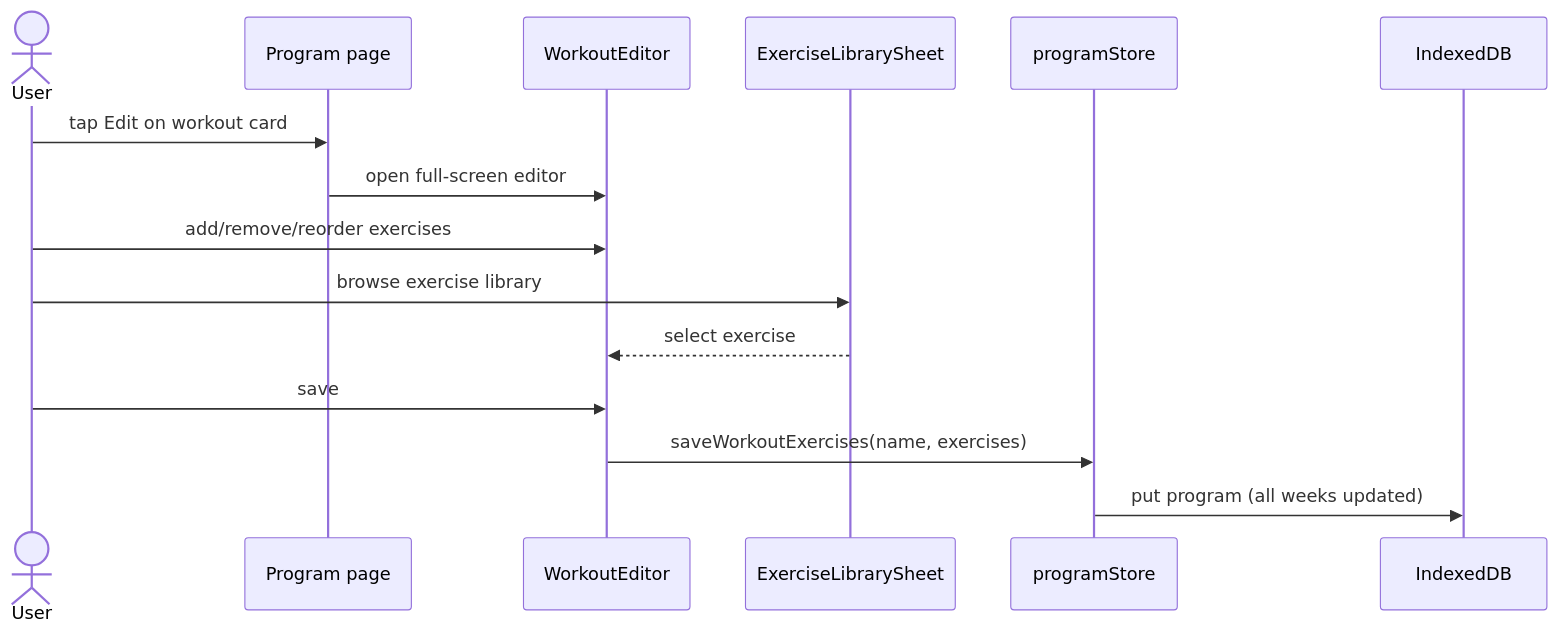
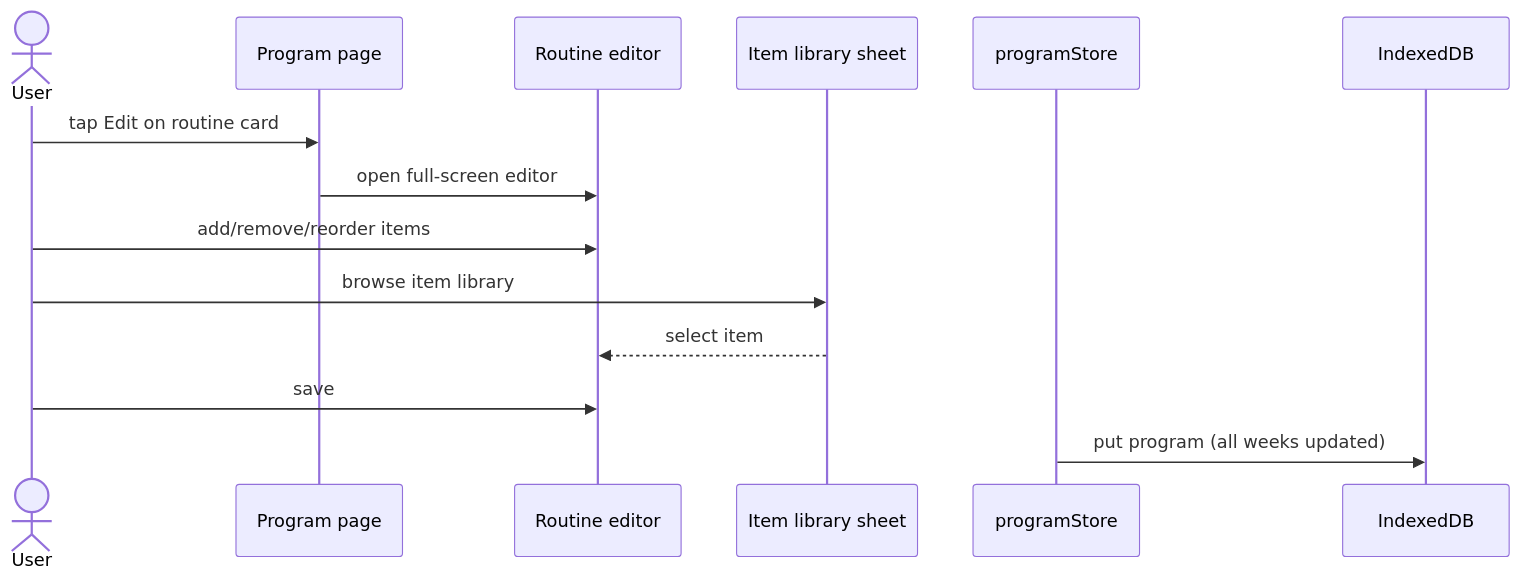
One commit to jermbo/CosmicWorkOut changed the second of 2 diagrams in docs/requirements/program-management.md. Above: the diagram before and after it, drawn with Mermaid. The commit also changed other lines of this file and 132 other files, not shown here.

````diff
--- a/docs/requirements/program-management.md
+++ b/docs/requirements/program-management.md
@@ -103,18 +105,17 @@
 ```mermaid
 sequenceDiagram
     actor User
     participant Prog as Program page
-    participant Editor as WorkoutEditor
-    participant Lib as ExerciseLibrarySheet
+    participant Editor as Routine editor
+    participant Lib as Item library sheet
     participant Store as programStore
     participant IDB as IndexedDB
 
-    User->>Prog: tap Edit on workout card
+    User->>Prog: tap Edit on routine card
     Prog->>Editor: open full-screen editor
-    User->>Editor: add/remove/reorder exercises
-    User->>Lib: browse exercise library
-    Lib-->>Editor: select exercise
+    User->>Editor: add/remove/reorder items
+    User->>Lib: browse item library
+    Lib-->>Editor: select item
     User->>Editor: save
-    Editor->>Store: saveWorkoutExercises(name, exercises)
     Store->>IDB: put program (all weeks updated)
 ```
````
